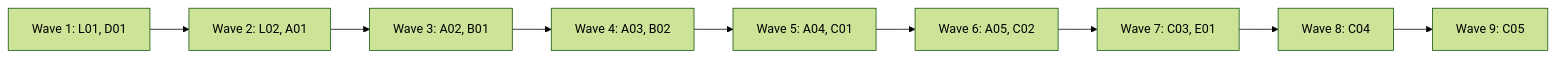
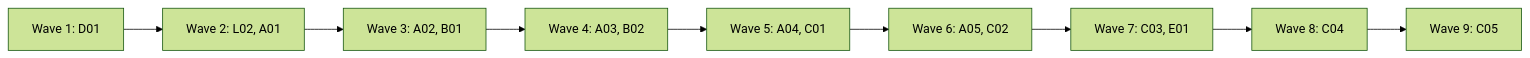
One commit to alfhen/gossamr-app changed the diagram in docs/plan-connections-finish.md. Above: the diagram before and after it, drawn with Mermaid (forest theme). The commit also changed other lines of this file, not shown here.

````diff
--- a/docs/plan-connections-finish.md
+++ b/docs/plan-connections-finish.md
@@ -51,11 +50,11 @@
 ```mermaid
 flowchart LR
-  W1[Wave 1: L01, D01] --> W2[Wave 2: L02, A01]
+  W1[Wave 1: D01] --> W2[Wave 2: L02, A01]
   W2 --> W3[Wave 3: A02, B01]
   W3 --> W4[Wave 4: A03, B02]
   W4 --> W5[Wave 5: A04, C01]
   W5 --> W6[Wave 6: A05, C02]
   W6 --> W7[Wave 7: C03, E01]
   W7 --> W8[Wave 8: C04]
   W8 --> W9[Wave 9: C05]
 ```
````
